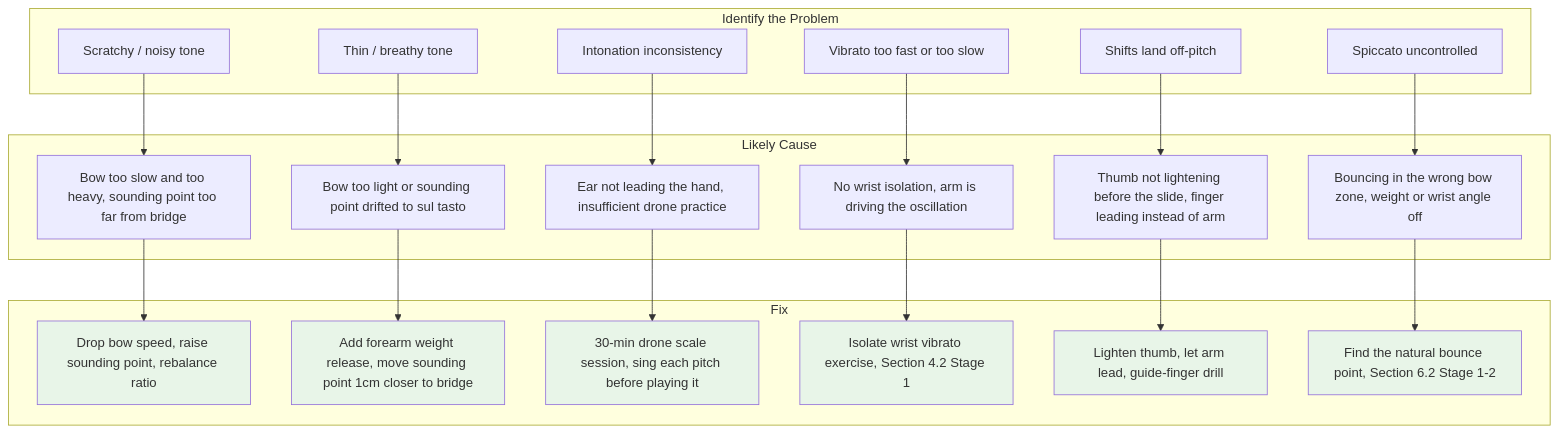
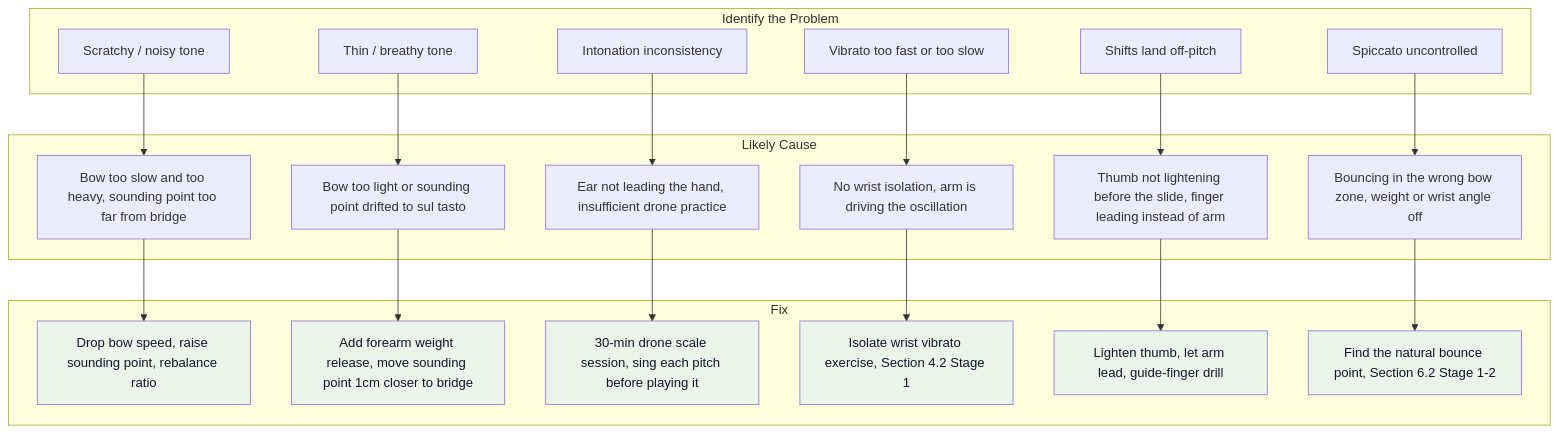
One commit to blebleblee/synapse changed the sixth of 8 diagrams in topics/arts/music_performance/strings/lesson_01_string_techniques.md. Above: the diagram before and after it, drawn with Mermaid. The commit also changed other lines of this file and 1464 other files, not shown here.

Commit message:
feat(release): curriculum vector mermaid upgrade, render hardening, and master synpack

````diff
--- a/topics/arts/music_performance/strings/lesson_01_string_techniques.md
+++ b/topics/arts/music_performance/strings/lesson_01_string_techniques.md
@@ -578,43 +578,43 @@
 ```mermaid
 flowchart TD
     subgraph sub_problem ["Identify the Problem"]
         P1["Scratchy / noisy tone"]
         P2["Thin / breathy tone"]
         P3["Intonation inconsistency"]
         P4["Vibrato too fast or too slow"]
         P5["Shifts land off-pitch"]
         P6["Spiccato uncontrolled"]
     end
 
     subgraph sub_cause ["Likely Cause"]
         C1["Bow too slow and too heavy, sounding point too far from bridge"]
         C2["Bow too light or sounding point drifted to sul tasto"]
         C3["Ear not leading the hand, insufficient drone practice"]
         C4["No wrist isolation, arm is driving the oscillation"]
         C5["Thumb not lightening before the slide, finger leading instead of arm"]
         C6["Bouncing in the wrong bow zone, weight or wrist angle off"]
     end
 
     subgraph sub_fix ["Fix"]
         F1["Drop bow speed, raise sounding point, rebalance ratio"]
         F2["Add forearm weight release, move sounding point 1cm closer to bridge"]
         F3["30-min drone scale session, sing each pitch before playing it"]
         F4["Isolate wrist vibrato exercise, Section 4.2 Stage 1"]
         F5["Lighten thumb, let arm lead, guide-finger drill"]
         F6["Find the natural bounce point, Section 6.2 Stage 1-2"]
     end
 
     P1 --> C1 --> F1
     P2 --> C2 --> F2
     P3 --> C3 --> F3
     P4 --> C4 --> F4
     P5 --> C5 --> F5
     P6 --> C6 --> F6
 
-    style F1 fill:#e8f5e8
-    style F2 fill:#e8f5e8
-    style F3 fill:#e8f5e8
-    style F4 fill:#e8f5e8
-    style F5 fill:#e8f5e8
-    style F6 fill:#e8f5e8
+    style F1 fill:#e8f5e8,color:#0f172a
+    style F2 fill:#e8f5e8,color:#0f172a
+    style F3 fill:#e8f5e8,color:#0f172a
+    style F4 fill:#e8f5e8,color:#0f172a
+    style F5 fill:#e8f5e8,color:#0f172a
+    style F6 fill:#e8f5e8,color:#0f172a
 ```
````
